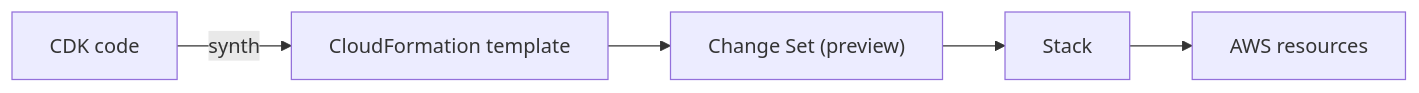
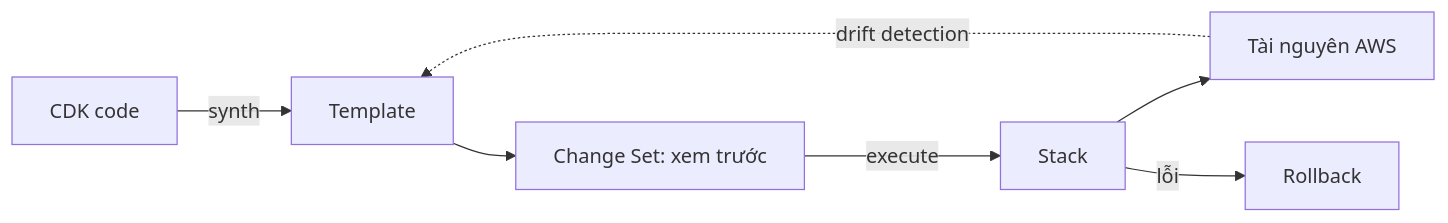
The diagram in src/assets/knowledge/playbooks/aws/cloudformation-cdk-iac.md (passion-Infinity/personal-tech-playbook), drawn with Mermaid before and after one commit. The commit also changed other lines of this file and 6 other files, not shown here.

First line of the commit message:
Deep-dive rewrite: API Gateway/Step Functions, Kinesis, data analytics, CloudFormation, Organizations, Well-Architected

````diff
--- a/src/assets/knowledge/playbooks/aws/cloudformation-cdk-iac.md
+++ b/src/assets/knowledge/playbooks/aws/cloudformation-cdk-iac.md
@@ -23,5 +38,9 @@
 ```mermaid
 flowchart LR
-    CDK["CDK code"] -->|synth| TPL["CloudFormation template"]
-    TPL --> CS["Change Set (preview)"] --> STK["Stack"] --> RES["AWS resources"]
+    CDK["CDK code"] -->|synth| TPL["Template"]
+    TPL --> CS["Change Set: xem trước"]
+    CS -->|execute| STK["Stack"]
+    STK --> RES["Tài nguyên AWS"]
+    RES -.->|"drift detection"| TPL
+    STK -->|lỗi| RB[Rollback]
 ```
````
